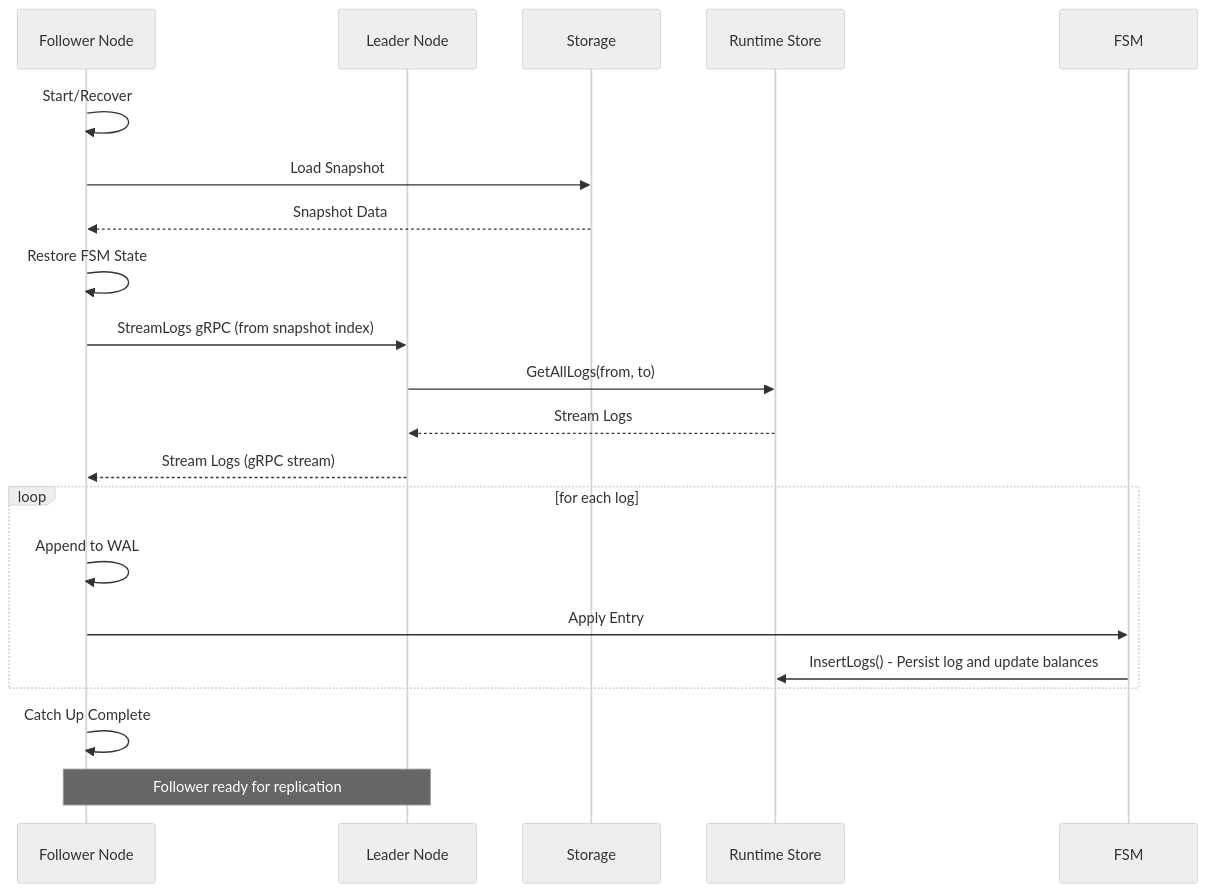
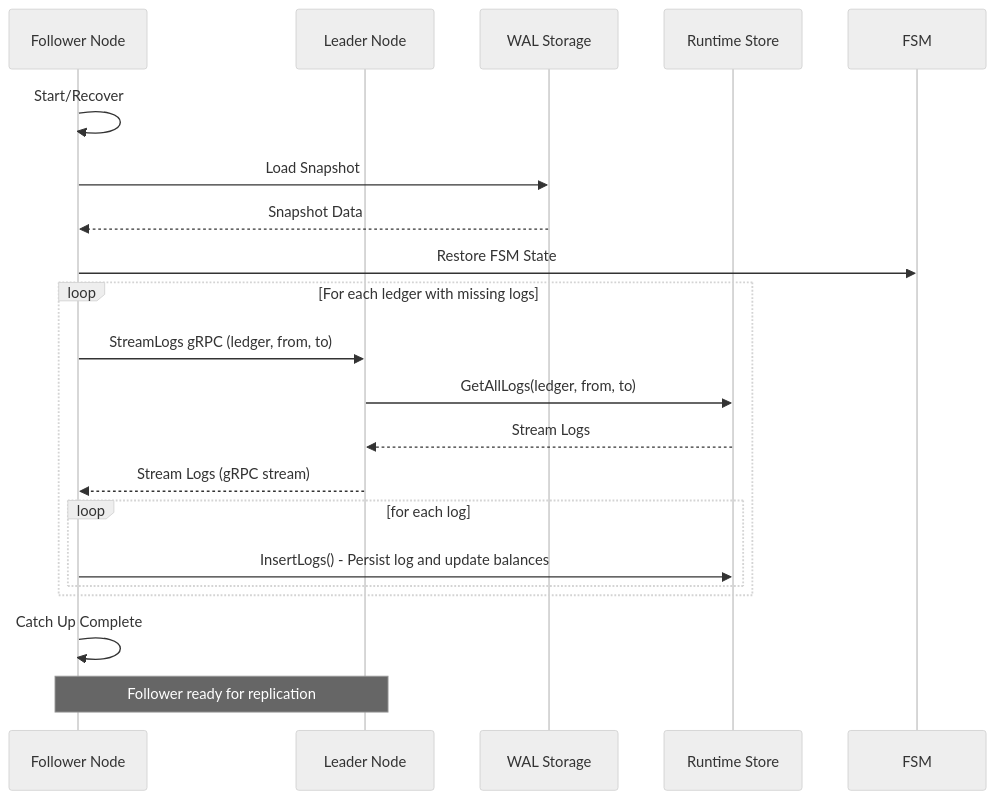
Before and after one commit to formancehq/ledger: the fourth of 7 diagrams in docs/data-flows.md, drawn with Mermaid (neutral theme). The commit also changed other lines of this file and 41 other files, not shown here.

````diff
--- a/docs/data-flows.md
+++ b/docs/data-flows.md
@@ -217,26 +203,27 @@
 ```mermaid
 sequenceDiagram
     participant Follower as Follower Node
     participant Leader as Leader Node
-    participant Storage as Storage
+    participant Storage as WAL Storage
     participant RuntimeStore as Runtime Store
+    participant FSM as FSM
     
     Follower->>Follower: Start/Recover
     Follower->>Storage: Load Snapshot
     Storage-->>Follower: Snapshot Data
-    Follower->>Follower: Restore FSM State
+    Follower->>FSM: Restore FSM State
     
-    Follower->>Leader: StreamLogs gRPC (from snapshot index)
-    Leader->>RuntimeStore: GetAllLogs(from, to)
-    RuntimeStore-->>Leader: Stream Logs
-    Leader-->>Follower: Stream Logs (gRPC stream)
-    
-    loop for each log
-        Follower->>Follower: Append to WAL
-        Follower->>FSM: Apply Entry
-        FSM->>RuntimeStore: InsertLogs() - Persist log and update balances
+    loop For each ledger with missing logs
+        Follower->>Leader: StreamLogs gRPC (ledger, from, to)
+        Leader->>RuntimeStore: GetAllLogs(ledger, from, to)
+        RuntimeStore-->>Leader: Stream Logs
+        Leader-->>Follower: Stream Logs (gRPC stream)
+        
+        loop for each log
+            Follower->>RuntimeStore: InsertLogs() - Persist log and update balances
+        end
     end
     
     Follower->>Follower: Catch Up Complete
     Note over Follower,Leader: Follower ready for replication
 ```
````
